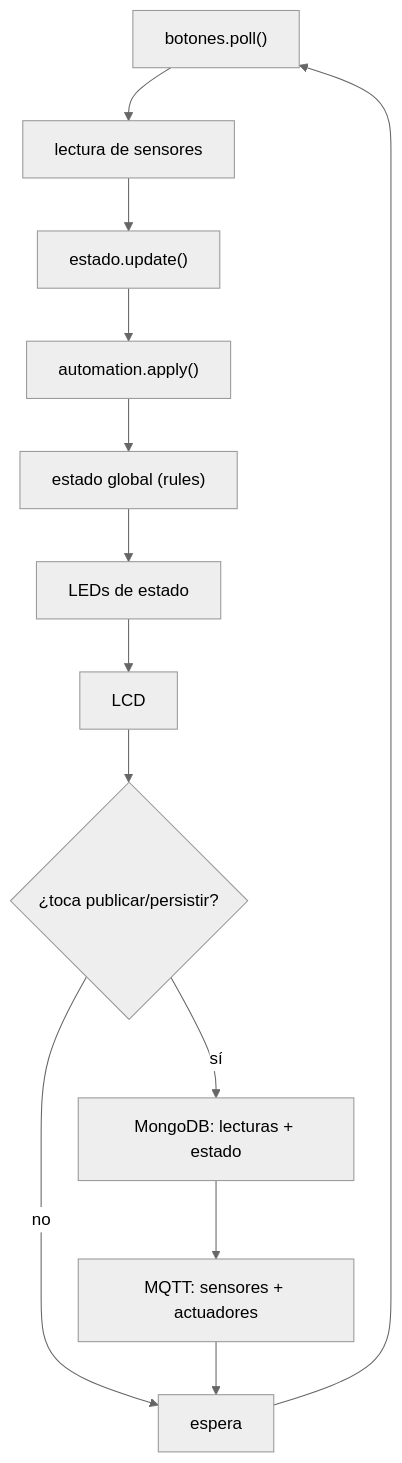
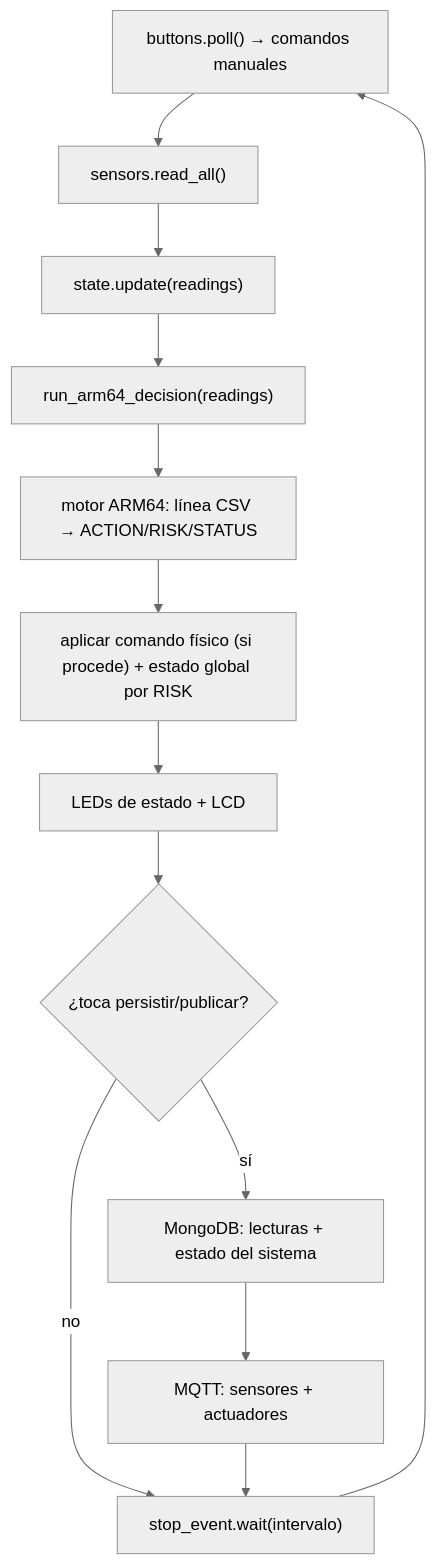
One commit to ricardious/ARQUI1V1S_G15 changed the diagram in Proyecto 2/docs/iot_program.md. Above: the diagram before and after it, drawn with Mermaid (neutral theme). The commit also changed other lines of this file, not shown here.

````diff
--- a/Proyecto 2/docs/iot_program.md
+++ b/Proyecto 2/docs/iot_program.md
@@ -30,15 +33,15 @@
 ```mermaid
 flowchart TD
-    A["botones.poll()"] --> B["lectura de sensores"]
-    B --> C["estado.update()"]
-    C --> D["automation.apply()"]
-    D --> E["estado global (rules)"]
-    E --> F["LEDs de estado"]
-    F --> G["LCD"]
-    G --> H{"¿toca publicar/persistir?"}
-    H -->|sí| I["MongoDB: lecturas + estado"]
+    A["buttons.poll() → comandos manuales"] --> B["sensors.read_all()"]
+    B --> C["state.update(readings)"]
+    C --> D["run_arm64_decision(readings)"]
+    D --> E["motor ARM64: línea CSV → ACTION/RISK/STATUS"]
+    E --> F["aplicar comando físico (si procede) + estado global por RISK"]
+    F --> G["LEDs de estado + LCD"]
+    G --> H{"¿toca persistir/publicar?"}
+    H -->|sí| I["MongoDB: lecturas + estado del sistema"]
     I --> J["MQTT: sensores + actuadores"]
-    H -->|no| K["espera"]
+    H -->|no| K["stop_event.wait(intervalo)"]
     J --> K
     K --> A
 ```
````
